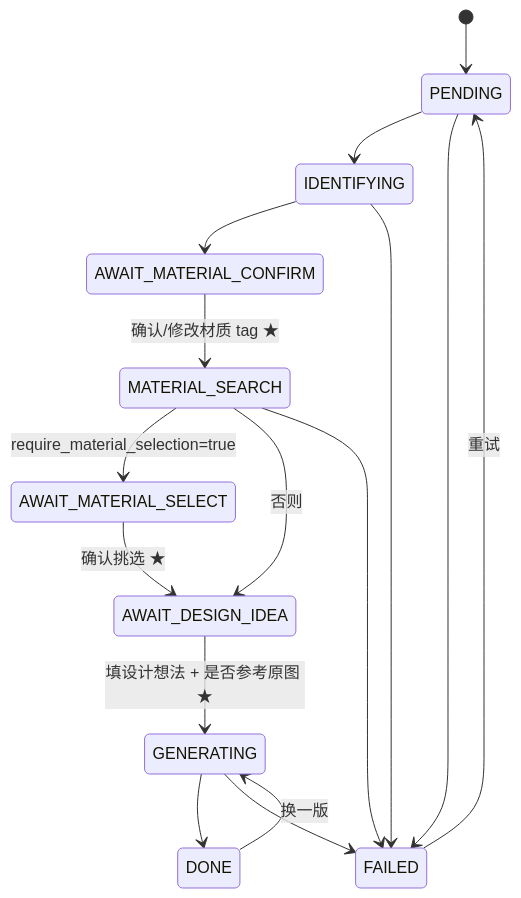
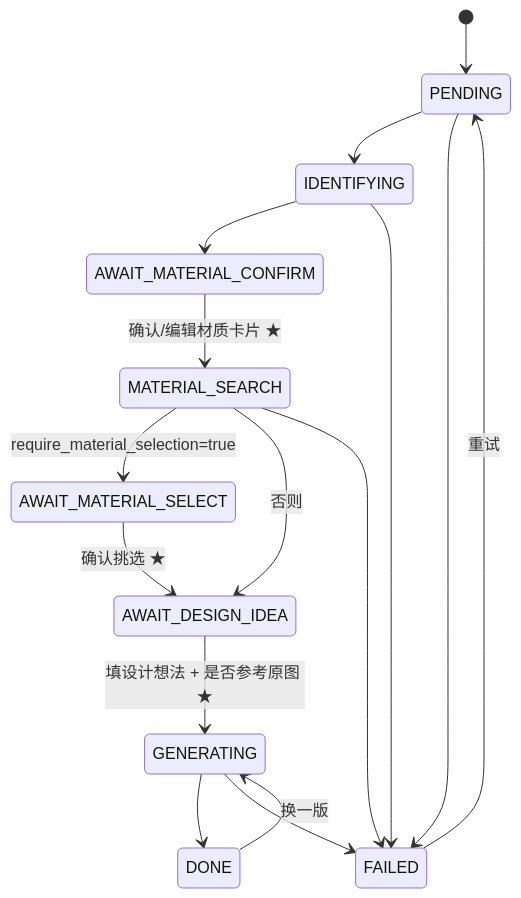
The second of 2 diagrams in README.md (cbitc/cloth-image), drawn with Mermaid before and after one commit. The commit also changed other lines of this file and 47 other files, not shown here.

````diff
--- a/README.md
+++ b/README.md
@@ -68,18 +68,18 @@
 ```mermaid
 stateDiagram-v2
   [*] --> PENDING
   PENDING --> IDENTIFYING
   IDENTIFYING --> AWAIT_MATERIAL_CONFIRM
-  AWAIT_MATERIAL_CONFIRM --> MATERIAL_SEARCH : 确认/修改材质 tag ★
+  AWAIT_MATERIAL_CONFIRM --> MATERIAL_SEARCH : 确认/编辑材质卡片 ★
   MATERIAL_SEARCH --> AWAIT_MATERIAL_SELECT : require_material_selection=true
   MATERIAL_SEARCH --> AWAIT_DESIGN_IDEA : 否则
   AWAIT_MATERIAL_SELECT --> AWAIT_DESIGN_IDEA : 确认挑选 ★
   AWAIT_DESIGN_IDEA --> GENERATING : 填设计想法 + 是否参考原图 ★
   GENERATING --> DONE
   DONE --> GENERATING : 换一版
   PENDING --> FAILED
   IDENTIFYING --> FAILED
   MATERIAL_SEARCH --> FAILED
   GENERATING --> FAILED
   FAILED --> PENDING : 重试
 ```
````
